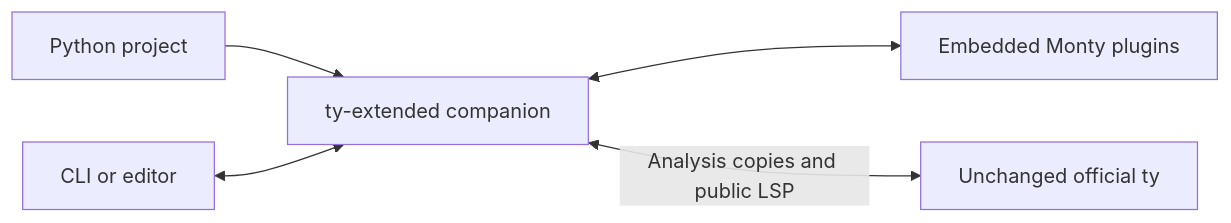
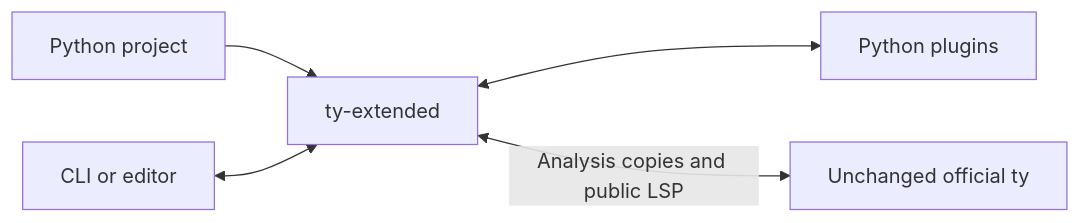
One commit to regularkevvv/ty-extended changed the diagram in README.md. Above: the diagram before and after it, drawn with Mermaid. The commit also changed other lines of this file and 99 other files, not shown here.

````diff
--- a/README.md
+++ b/README.md
@@ -75,7 +74,7 @@
 ```mermaid
 flowchart LR
-    project[Python project] --> companion[ty-extended companion]
-    editor[CLI or editor] <--> companion
-    companion <--> monty[Embedded Monty plugins]
-    companion <-->|Analysis copies and public LSP| ty[Unchanged official ty]
+    project[Python project] --> extended[ty-extended]
+    editor[CLI or editor] <--> extended
+    extended <--> plugins[Python plugins]
+    extended <-->|Analysis copies and public LSP| ty[Unchanged official ty]
 ```
````
